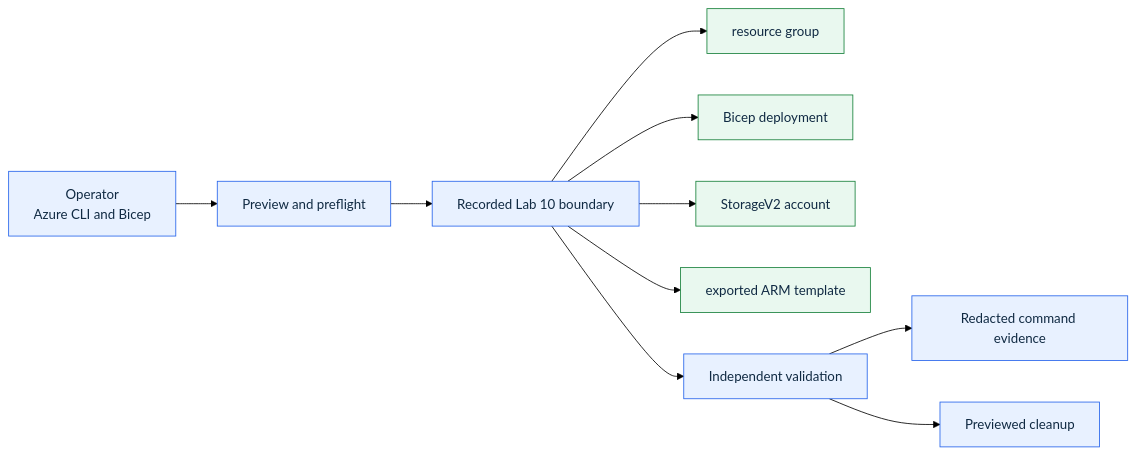
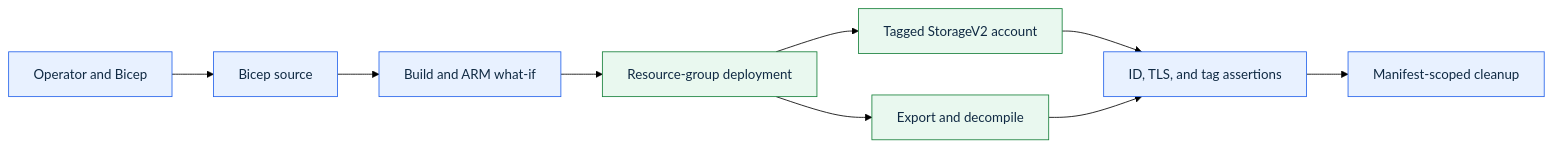
Before and after one commit to amineMehdi/az104-azure-administrator-labs: the diagram in labs/10-arm-bicep-lifecycle/diagrams/architecture.mmd, drawn with Mermaid (forest theme). The commit also changed 497 other files, not shown here.

```diff
--- a/labs/10-arm-bicep-lifecycle/diagrams/architecture.mmd
+++ b/labs/10-arm-bicep-lifecycle/diagrams/architecture.mmd
@@ -1,14 +1,13 @@
 flowchart LR
-    A["Operator<br/>Azure CLI and Bicep"] --> P["Preview and preflight"]
-    P --> S["Recorded Lab 10 boundary"]
-    S --> R1["resource group"]
-    S --> R2["Bicep deployment"]
-    S --> R3["StorageV2 account"]
-    S --> R4["exported ARM template"]
-    S --> V["Independent validation"]
-    V --> E["Redacted command evidence"]
-    V --> C["Previewed cleanup"]
+    A["Operator and Bicep"] --> B["Bicep source"]
+    B --> W["Build and ARM what-if"]
+    W --> D["Resource-group deployment"]
+    D --> S["Tagged StorageV2 account"]
+    D --> X["Export and decompile"]
+    S --> V["ID, TLS, and tag assertions"]
+    X --> V
+    V --> R["Manifest-scoped cleanup"]
     classDef control fill:#e8f1ff,stroke:#2563eb,color:#102a43;
     classDef resource fill:#e9f8ef,stroke:#16803a,color:#102a43;
-    class A,P,S,V,E,C control;
-    class R1,R2,R3,R4 resource;
+    class A,B,W,V,R control;
+    class D,S,X resource;
```
